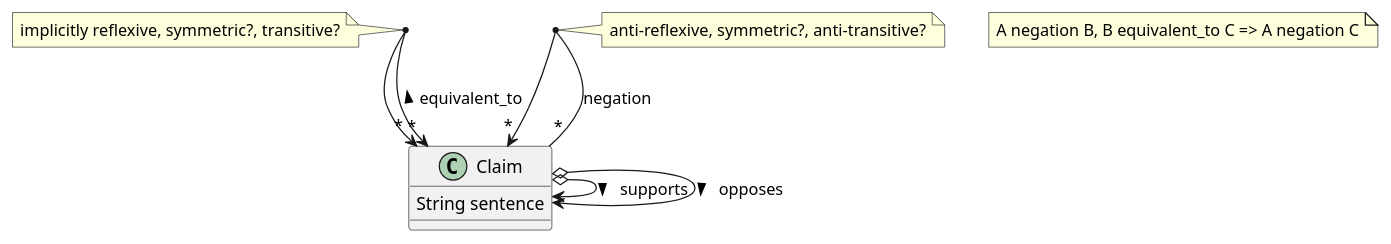
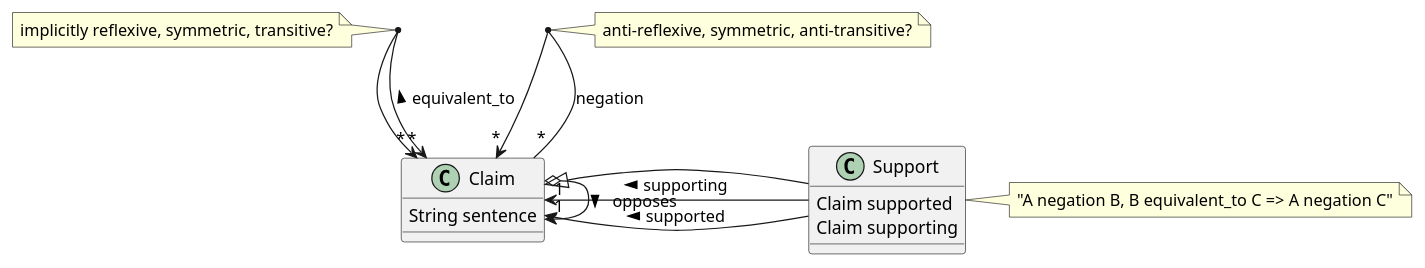
The diagram in diagram/tim.puml (canonical-debate-lab/cd-domain-model), drawn with PlantUML before and after one commit. The commit also changed other lines of this file, not shown here.

```diff
--- a/diagram/tim.puml
+++ b/diagram/tim.puml
@@ -1,29 +1,40 @@
 @startuml
 
 class Claim {
   String sentence
   ' String negation_sentence  (must be != sentence)
 }
 
 Claim "*" <-> "*" Claim : > equivalent_to
-note  "implicitly reflexive, symmetric?, transitive?" as N2
-(Claim, Claim) .. N2
+note  "implicitly reflexive, symmetric, transitive?" as N2
+(Claim, Claim) . N2
 
 '(Claim, Claim) . ClaimEquivalence
 'ClaimEquivalenceClass o-> "*" Claim
 
 'ClaimEquivalence "*" -> "*" ClaimEquivalence : > negation
 
 Claim "*" -> "*" Claim : > negation
-note  "anti-reflexive, symmetric?, anti-transitive?" as N1
+note  "anti-reflexive, symmetric, anti-transitive?" as N1
 (Claim, Claim) .. N1
 
-Claim o-> Claim : > supports
-note "A negation B, B equivalent_to C => A negation C" as N3
-'(Claim, Claim) .. N3
+'Claim o-> Claim : > supports
+
+class Support {
+  Claim supported
+  Claim supporting
+}
+note right: "A negation B, B equivalent_to C => A negation C"
+
+Claim "1" <- Support: < supported 
+Claim "1" <- Support: < supporting
+
+Claim <|-- Support
 
 Claim o-> Claim : > opposes
 ' (Claim, Claim) .. N4
 
 
+
+
 @enduml
```
